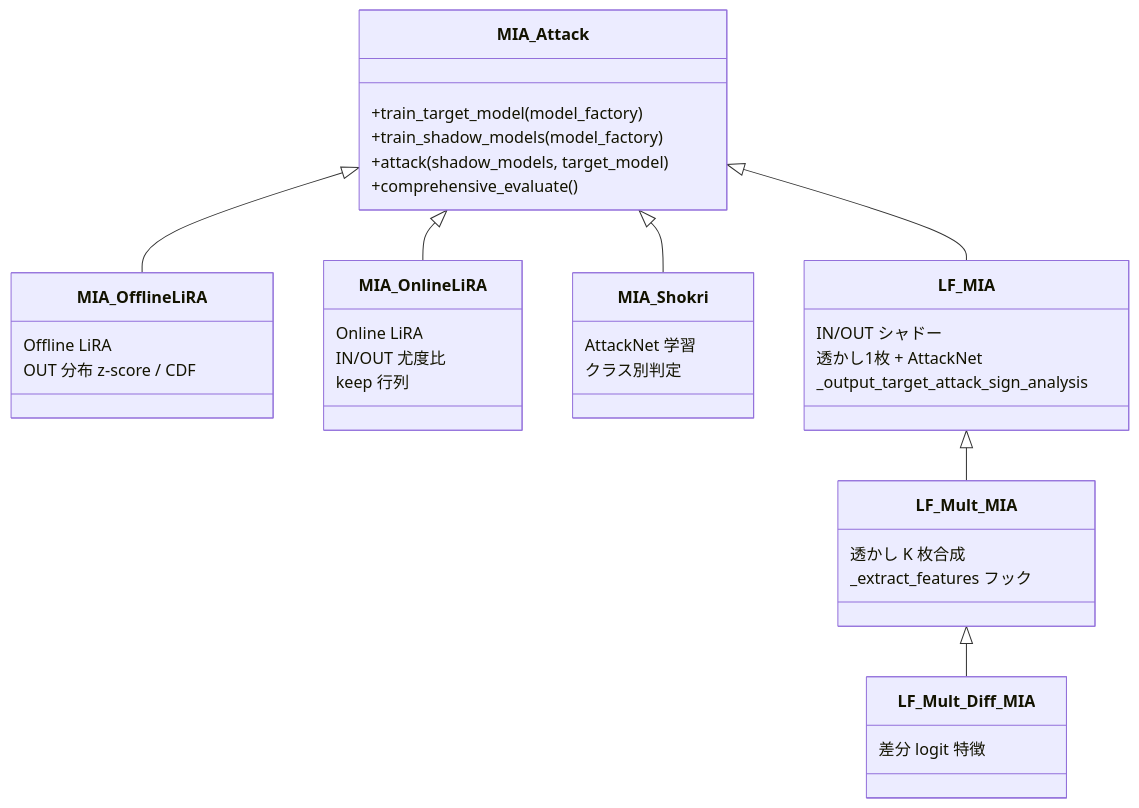
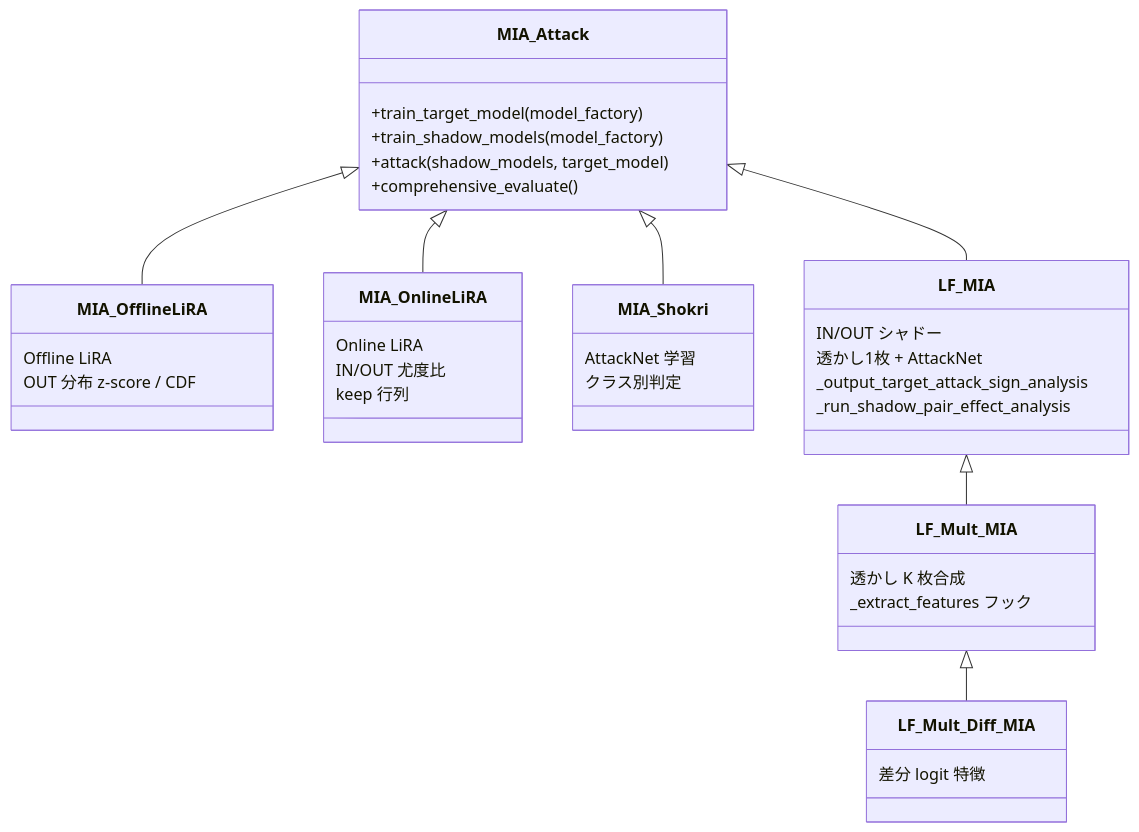
Diagram 11 of 14 in worker/docs/SPECIFICATION.md (GoldenPoisonedApple/MIAOS), drawn with Mermaid before and after one commit. The commit also changed other lines of this file and 6 other files, not shown here.

````diff
--- a/worker/docs/SPECIFICATION.md
+++ b/worker/docs/SPECIFICATION.md
@@ -414,40 +414,41 @@
 ```mermaid
 classDiagram
     class MIA_Attack {
         +train_target_model(model_factory)
         +train_shadow_models(model_factory)
         +attack(shadow_models, target_model)
         +comprehensive_evaluate()
     }
     class MIA_OfflineLiRA {
         Offline LiRA
         OUT 分布 z-score / CDF
     }
     class MIA_OnlineLiRA {
         Online LiRA
         IN/OUT 尤度比
         keep 行列
     }
     class MIA_Shokri {
         AttackNet 学習
         クラス別判定
     }
     class LF_MIA {
         IN/OUT シャドー
         透かし1枚 + AttackNet
         _output_target_attack_sign_analysis
+        _run_shadow_pair_effect_analysis
     }
     MIA_Attack <|-- MIA_OfflineLiRA
     MIA_Attack <|-- MIA_OnlineLiRA
     MIA_Attack <|-- MIA_Shokri
     class LF_Mult_MIA {
         透かし K 枚合成
         _extract_features フック
     }
     class LF_Mult_Diff_MIA {
         差分 logit 特徴
     }
     MIA_Attack <|-- LF_MIA
     LF_MIA <|-- LF_Mult_MIA
     LF_Mult_MIA <|-- LF_Mult_Diff_MIA
 ```
````
